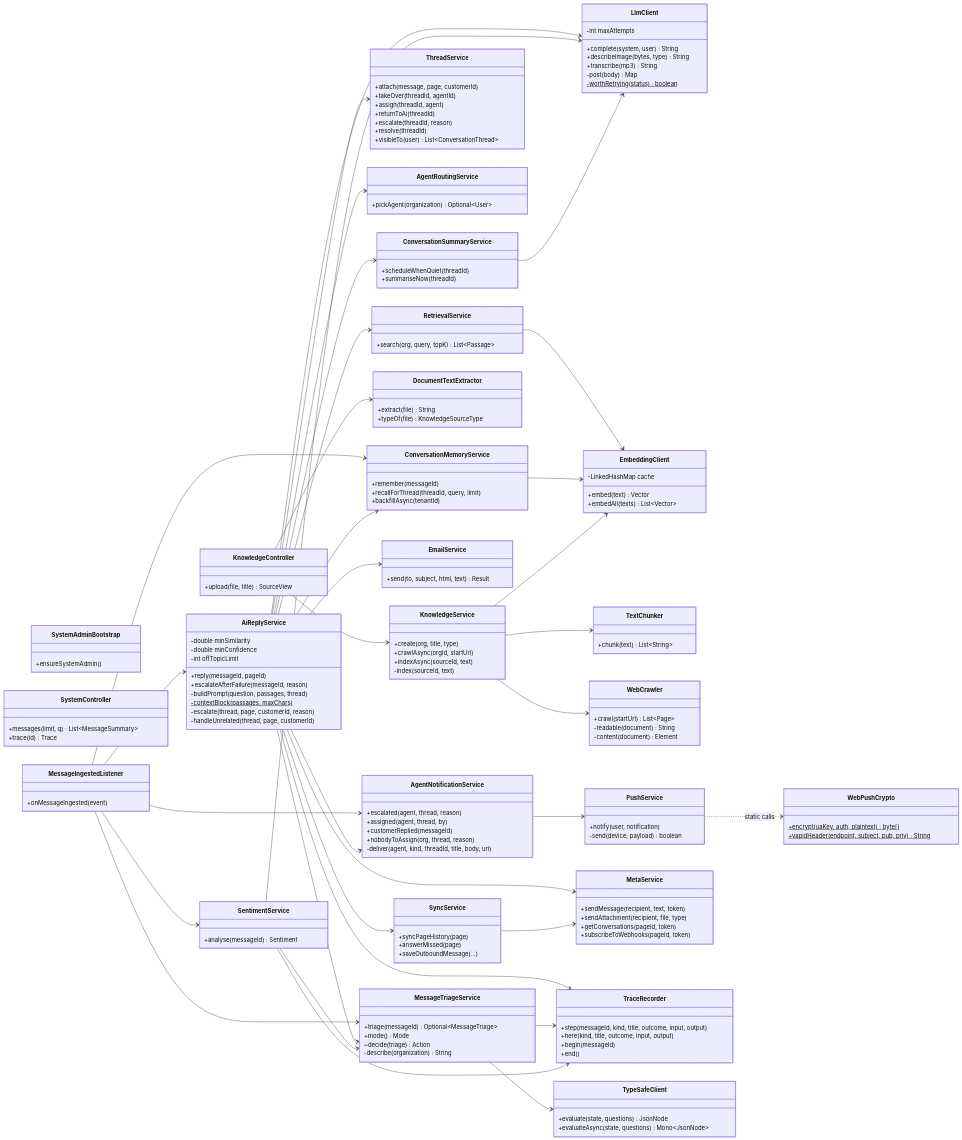
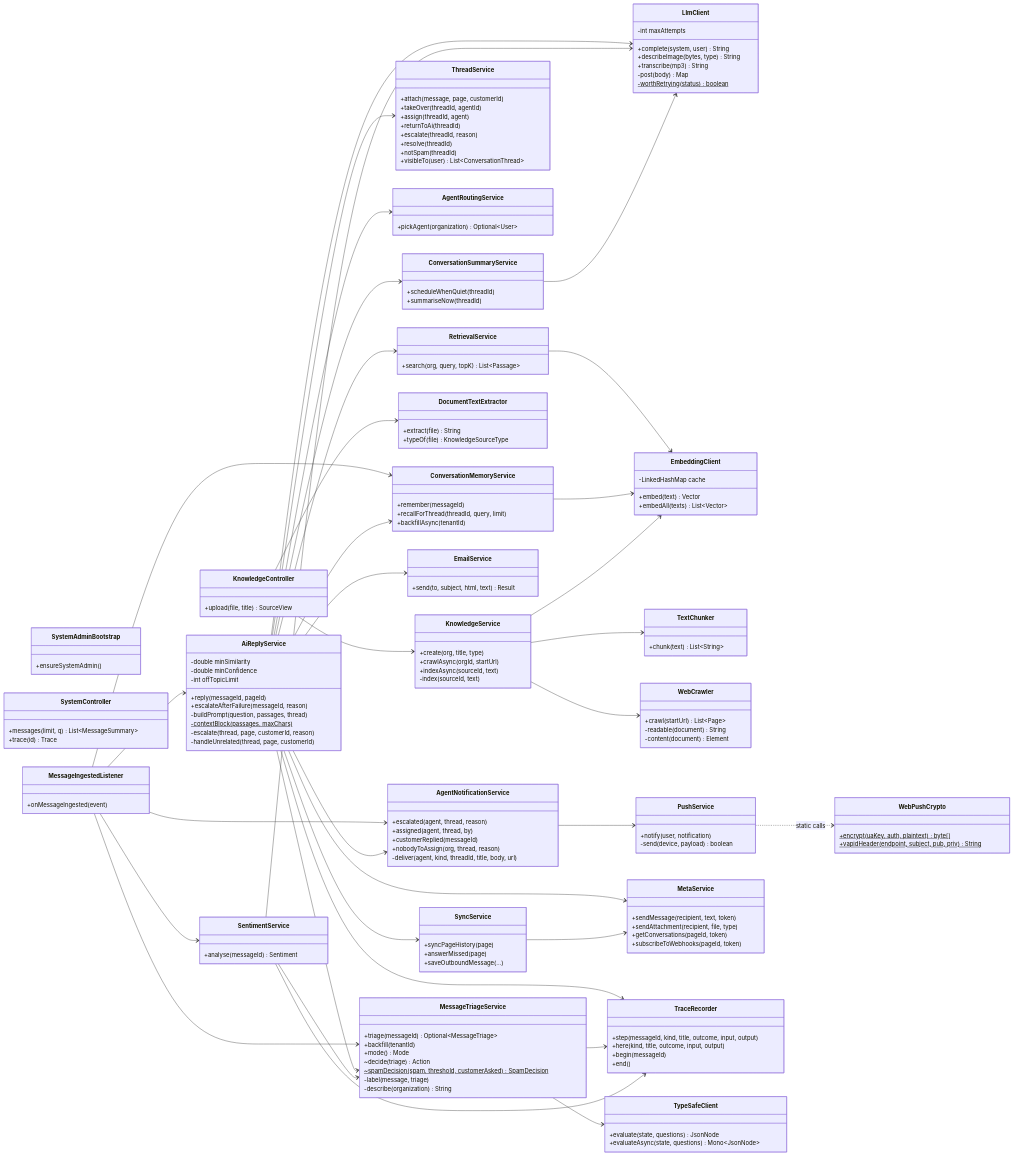
One commit to SayubShakya/eksamadhan-ai changed the second of 2 diagrams in docs/system-design/new-system-design/class-diagram/README.md. Above: the diagram before and after it, drawn with Mermaid. The commit also changed other lines of this file and 58 other files, not shown here.

```diff
--- a/docs/system-design/new-system-design/class-diagram/README.md
+++ b/docs/system-design/new-system-design/class-diagram/README.md
@@ -319,6 +327,7 @@
         +returnToAi(threadId)
         +escalate(threadId, reason)
         +resolve(threadId)
+        +notSpam(threadId)
         +visibleTo(user) List~ConversationThread~
     }
 
@@ -398,8 +407,11 @@
 
     class MessageTriageService {
         +triage(messageId) Optional~MessageTriage~
+        +backfill(tenantId)
         +mode() Mode
         ~decide(triage) Action
+        ~spamDecision(spam, threshold, customerAsked)$ SpamDecision
+        -label(message, triage)
         -describe(organization) String
     }
 
```
